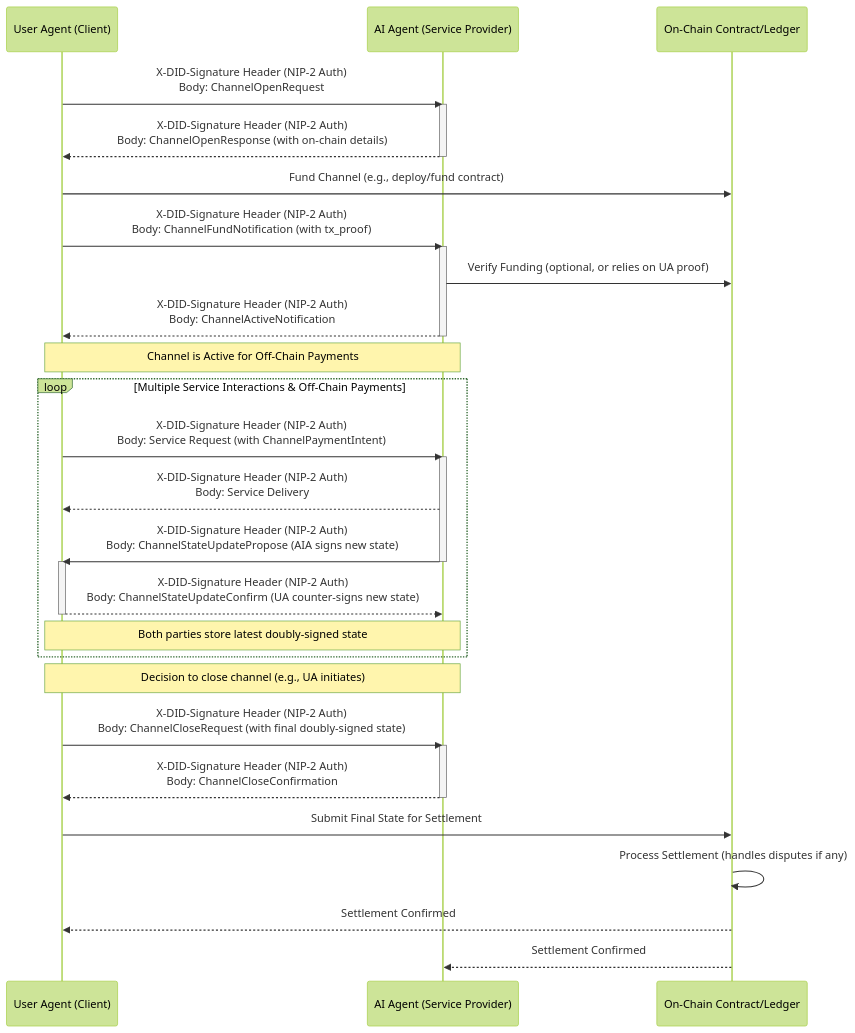
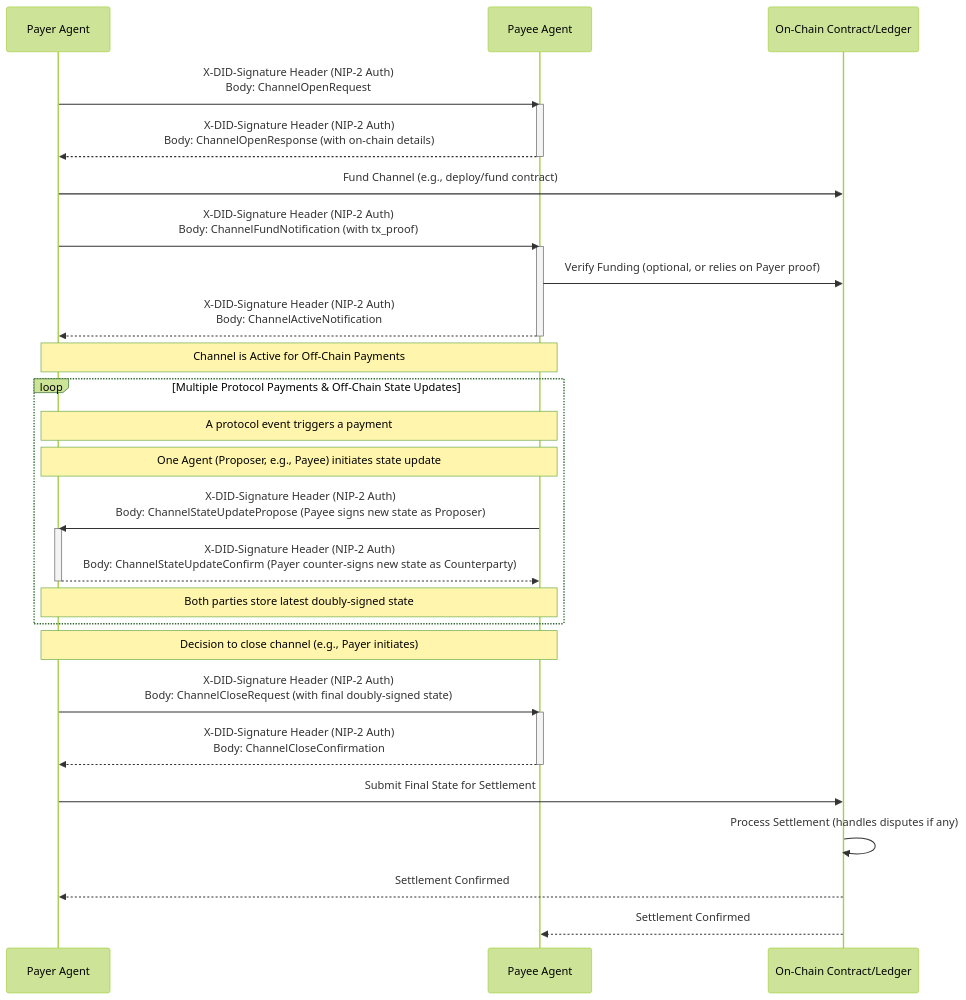
One commit to nuwa-protocol/NIPs changed the diagram in NIPs/nip-4.md. Above: the diagram before and after it, drawn with Mermaid (forest theme). The commit also changed other lines of this file and 1 other file, not shown here.

Commit message:
Improve nip-4

````diff
--- a/NIPs/nip-4.md
+++ b/NIPs/nip-4.md
@@ -371,43 +297,41 @@
 ```mermaid
 sequenceDiagram
-    participant UA as User Agent (Client)
-    participant AIA as AI Agent (Service Provider)
+    participant Payer as Payer Agent
+    participant Payee as Payee Agent
     participant OnChain as On-Chain Contract/Ledger
 
-    UA->>AIA: X-DID-Signature Header (NIP-2 Auth)<br>Body: ChannelOpenRequest
-    activate AIA
-    AIA-->>UA: X-DID-Signature Header (NIP-2 Auth)<br>Body: ChannelOpenResponse (with on-chain details)
-    deactivate AIA
+    Payer->>Payee: X-DID-Signature Header (NIP-2 Auth)<br>Body: ChannelOpenRequest
+    activate Payee
+    Payee-->>Payer: X-DID-Signature Header (NIP-2 Auth)<br>Body: ChannelOpenResponse (with on-chain details)
+    deactivate Payee
 
-    UA->>OnChain: Fund Channel (e.g., deploy/fund contract)
-    UA->>AIA: X-DID-Signature Header (NIP-2 Auth)<br>Body: ChannelFundNotification (with tx_proof)
-    activate AIA
-    AIA->>OnChain: Verify Funding (optional, or relies on UA proof)
-    AIA-->>UA: X-DID-Signature Header (NIP-2 Auth)<br>Body: ChannelActiveNotification
-    deactivate AIA
+    Payer->>OnChain: Fund Channel (e.g., deploy/fund contract)
+    Payer->>Payee: X-DID-Signature Header (NIP-2 Auth)<br>Body: ChannelFundNotification (with tx_proof)
+    activate Payee
+    Payee->>OnChain: Verify Funding (optional, or relies on Payer proof)
+    Payee-->>Payer: X-DID-Signature Header (NIP-2 Auth)<br>Body: ChannelActiveNotification
+    deactivate Payee
     
-    Note over UA, AIA: Channel is Active for Off-Chain Payments
+    Note over Payer, Payee: Channel is Active for Off-Chain Payments
 
-    loop Multiple Service Interactions & Off-Chain Payments
-        UA->>AIA: X-DID-Signature Header (NIP-2 Auth)<br>Body: Service Request (with ChannelPaymentIntent)
-        activate AIA
-        AIA-->>UA: X-DID-Signature Header (NIP-2 Auth)<br>Body: Service Delivery
-        AIA->>UA: X-DID-Signature Header (NIP-2 Auth)<br>Body: ChannelStateUpdatePropose (AIA signs new state)
-        deactivate AIA
-        activate UA
-        UA-->>AIA: X-DID-Signature Header (NIP-2 Auth)<br>Body: ChannelStateUpdateConfirm (UA counter-signs new state)
-        deactivate UA
-        Note over UA, AIA: Both parties store latest doubly-signed state
+    loop Multiple Protocol Payments & Off-Chain State Updates
+        Note over Payer, Payee: A protocol event triggers a payment
+        Note over Payer, Payee: One Agent (Proposer, e.g., Payee) initiates state update
+        Payee->>Payer: X-DID-Signature Header (NIP-2 Auth)<br>Body: ChannelStateUpdatePropose (Payee signs new state as Proposer)
+        activate Payer
+        Payer-->>Payee: X-DID-Signature Header (NIP-2 Auth)<br>Body: ChannelStateUpdateConfirm (Payer counter-signs new state as Counterparty)
+        deactivate Payer
+        Note over Payer, Payee: Both parties store latest doubly-signed state
     end
 
-    Note over UA, AIA: Decision to close channel (e.g., UA initiates)
-    UA->>AIA: X-DID-Signature Header (NIP-2 Auth)<br>Body: ChannelCloseRequest (with final doubly-signed state)
-    activate AIA
-    AIA-->>UA: X-DID-Signature Header (NIP-2 Auth)<br>Body: ChannelCloseConfirmation
-    deactivate AIA
+    Note over Payer, Payee: Decision to close channel (e.g., Payer initiates)
+    Payer->>Payee: X-DID-Signature Header (NIP-2 Auth)<br>Body: ChannelCloseRequest (with final doubly-signed state)
+    activate Payee
+    Payee-->>Payer: X-DID-Signature Header (NIP-2 Auth)<br>Body: ChannelCloseConfirmation
+    deactivate Payee
 
-    UA->>OnChain: Submit Final State for Settlement
+    Payer->>OnChain: Submit Final State for Settlement
     OnChain->>OnChain: Process Settlement (handles disputes if any)
-    OnChain-->>UA: Settlement Confirmed
-    OnChain-->>AIA: Settlement Confirmed
+    OnChain-->>Payer: Settlement Confirmed
+    OnChain-->>Payee: Settlement Confirmed
 ```
````
